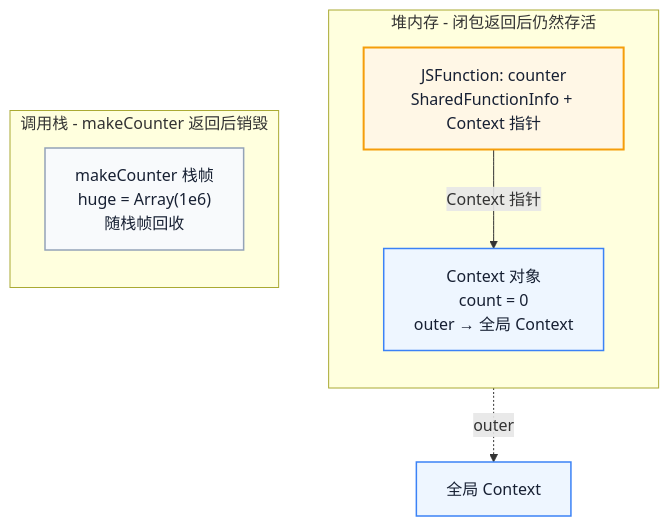
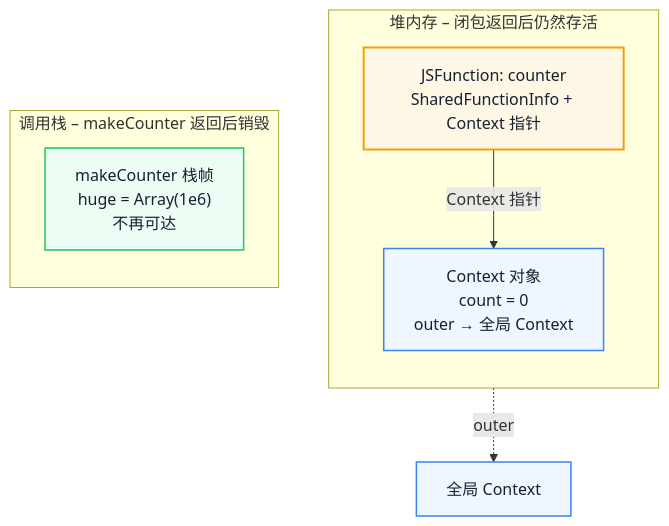
The third of 3 diagrams in docs/javascript/execution-context-closure.md (Fatejian/frontier-vault), drawn with Mermaid before and after one commit. The commit also changed other lines of this file and 41 other files, not shown here.

````diff
--- a/docs/javascript/execution-context-closure.md
+++ b/docs/javascript/execution-context-closure.md
@@ -319,24 +284,23 @@
 ```mermaid
-%%{init: {'theme': 'base', 'themeVariables': { 'fontFamily': 'Inter, PingFang SC, Microsoft YaHei, sans-serif', 'primaryColor': '#EEF6FF', 'primaryTextColor': '#172033', 'primaryBorderColor': '#6EA8FE', 'lineColor': '#8A94A6', 'secondaryColor': '#F7F9FC', 'tertiaryColor': '#FFF7E6, 'fontSize': '13px'}}}%%
 flowchart TB
-    subgraph Heap["堆内存 - 闭包返回后仍然存活"]
+    subgraph Heap["堆内存 – 闭包返回后仍然存活"]
         direction TB
         FN["JSFunction: counter<br/>SharedFunctionInfo + Context 指针"]
         CTX["Context 对象<br/>count = 0<br/>outer → 全局 Context"]
-        FN -- Context 指针 --> CTX
+        FN -- "Context 指针" --> CTX
     end
 
-    subgraph Stack["调用栈 - makeCounter 返回后销毁"]
+    subgraph Stack["调用栈 – makeCounter 返回后销毁"]
         direction TB
-        FR["makeCounter 栈帧<br/>huge = Array(1e6)<br/>随栈帧回收"]
+        FR["makeCounter 栈帧<br/>huge = Array(1e6)<br/>不再可达"]
     end
 
-    CTX -. outer .-> GCTX[全局 Context]
+    CTX -. "outer" .-> GCTX["全局 Context"]
 
-    classDef fn fill:#FFF7E6,stroke:#F59E0B,color:#172033,stroke-width:2px;
-    classDef ctx fill:#EEF6FF,stroke:#3B82F6,color:#172033,stroke-width:1.5px;
-    classDef stack fill:#F8FAFC,stroke:#94A3B8,color:#172033,stroke-width:1.5px;
-    class FN fn;
-    class CTX,GCTX ctx;
-    class FR stack;
+    classDef block fill:#FFF7E6,stroke:#F59E0B,color:#172033,stroke-width:2px;
+    classDef wait fill:#EEF6FF,stroke:#3B82F6,color:#172033,stroke-width:1.5px;
+    classDef work fill:#ECFDF3,stroke:#22C55E,color:#172033,stroke-width:1.5px;
+    class FN block;
+    class CTX,GCTX wait;
+    class FR work;
 ```
````
